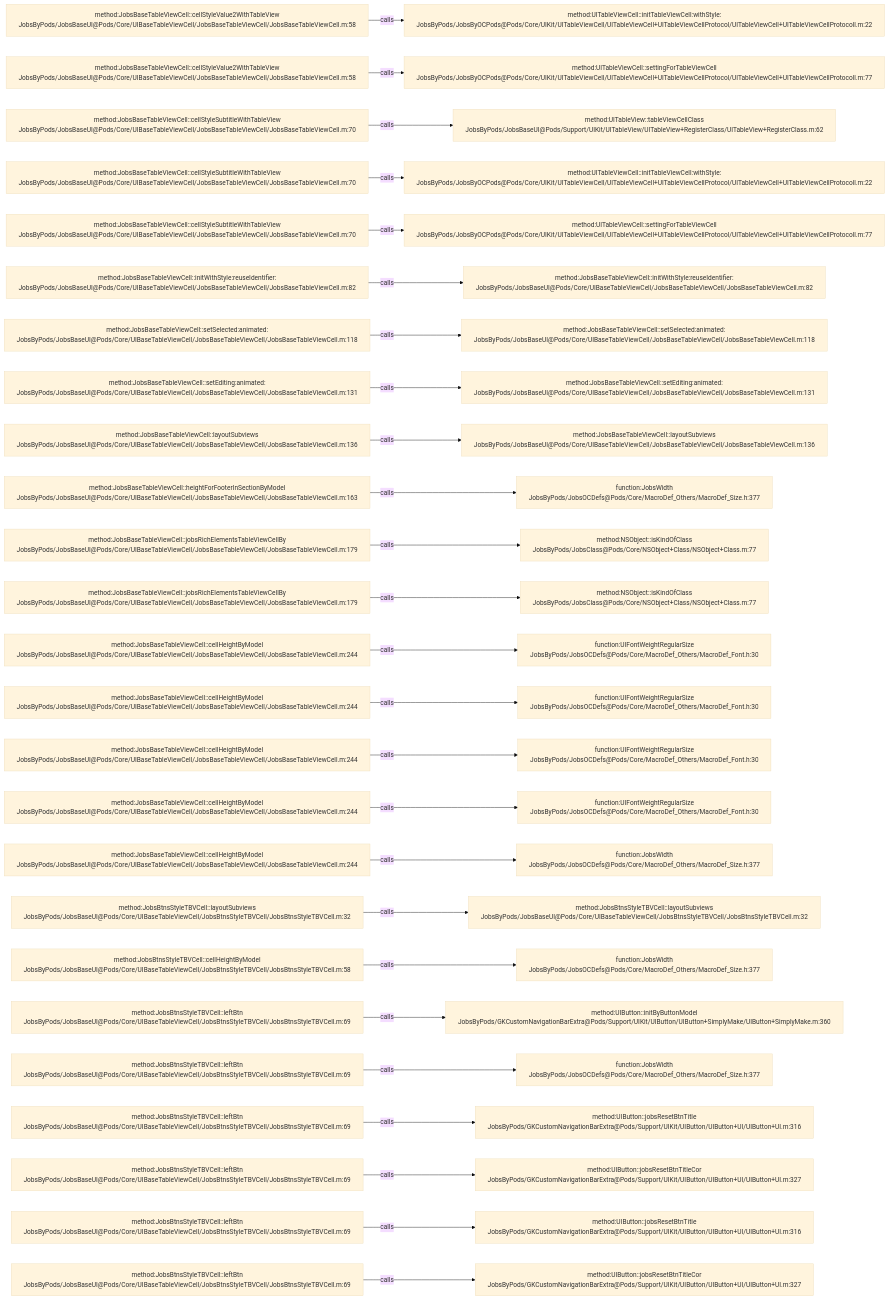
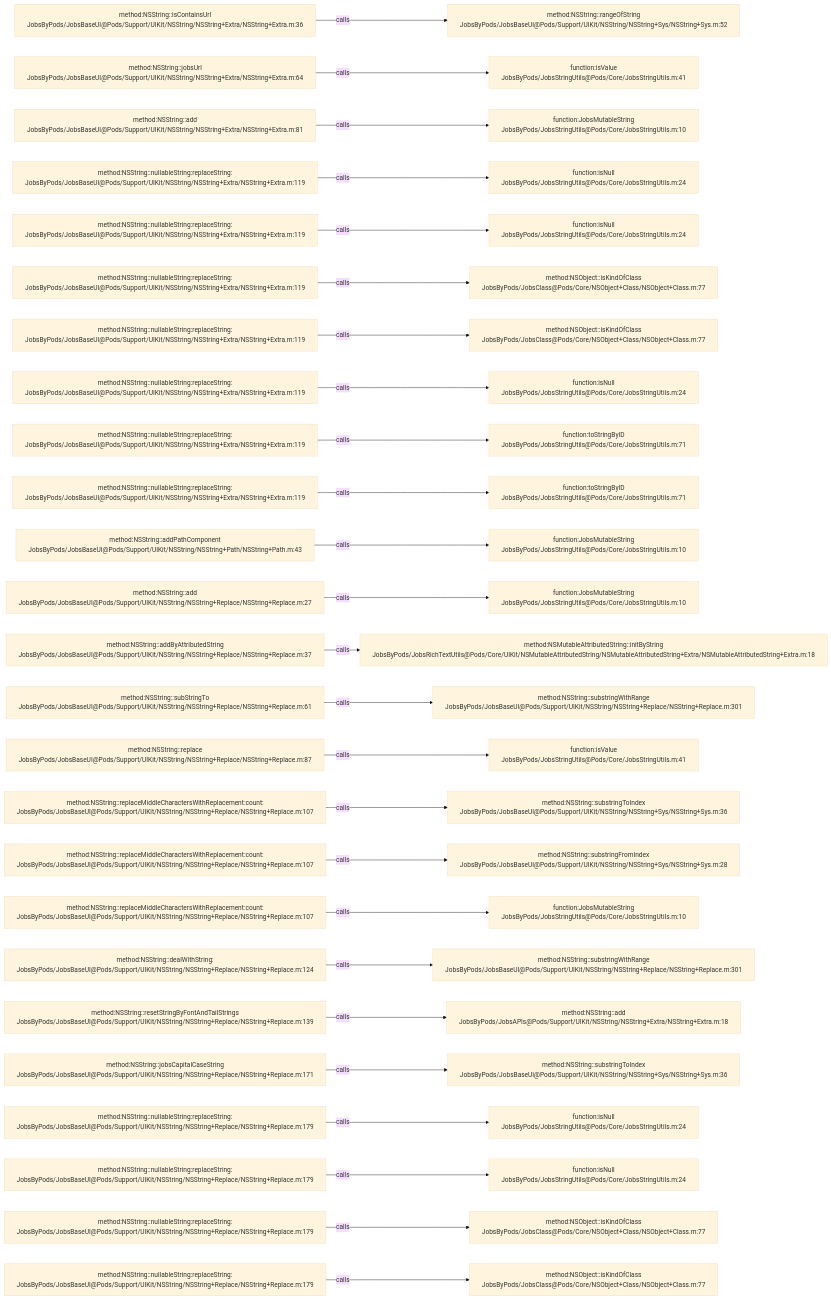
The diagram in .codegraph/codegraph.md/graphs/calls-040.md (JobsKits/JobsOCBaseConfigDemo), drawn with Mermaid (base theme) before and after one commit. The commit also changed 1026 other files, not shown here.

````diff
--- a/.codegraph/codegraph.md/graphs/calls-040.md
+++ b/.codegraph/codegraph.md/graphs/calls-040.md
@@ -13,78 +13,78 @@
 ```mermaid
 flowchart LR
-  S1["method:JobsBaseTableViewCell::cellStyleValue2WithTableView<br/>JobsByPods/JobsBaseUI@Pods/Core/UIBaseTableViewCell/JobsBaseTableViewCell/JobsBaseTableViewCell.m:58"]
-  T1["method:UITableViewCell::initTableViewCell:withStyle:<br/>JobsByPods/JobsByOCPods@Pods/Core/UIKit/UITableViewCell/UITableViewCell+UITableViewCellProtocol/UITableViewCell+UITableViewCellProtocoll.m:22"]
+  S1["method:NSString::isContainsUrl<br/>JobsByPods/JobsBaseUI@Pods/Support/UIKit/NSString/NSString+Extra/NSString+Extra.m:36"]
+  T1["method:NSString::rangeOfString<br/>JobsByPods/JobsBaseUI@Pods/Support/UIKit/NSString/NSString+Sys/NSString+Sys.m:52"]
   S1 -->|calls| T1
-  S2["method:JobsBaseTableViewCell::cellStyleValue2WithTableView<br/>JobsByPods/JobsBaseUI@Pods/Core/UIBaseTableViewCell/JobsBaseTableViewCell/JobsBaseTableViewCell.m:58"]
-  T2["method:UITableViewCell::settingForTableViewCell<br/>JobsByPods/JobsByOCPods@Pods/Core/UIKit/UITableViewCell/UITableViewCell+UITableViewCellProtocol/UITableViewCell+UITableViewCellProtocoll.m:77"]
+  S2["method:NSString::jobsUrl<br/>JobsByPods/JobsBaseUI@Pods/Support/UIKit/NSString/NSString+Extra/NSString+Extra.m:64"]
+  T2["function:isValue<br/>JobsByPods/JobsStringUtils@Pods/Core/JobsStringUtils.m:41"]
   S2 -->|calls| T2
-  S3["method:JobsBaseTableViewCell::cellStyleSubtitleWithTableView<br/>JobsByPods/JobsBaseUI@Pods/Core/UIBaseTableViewCell/JobsBaseTableViewCell/JobsBaseTableViewCell.m:70"]
-  T3["method:UITableView::tableViewCellClass<br/>JobsByPods/JobsBaseUI@Pods/Support/UIKit/UITableView/UITableView+RegisterClass/UITableView+RegisterClass.m:62"]
+  S3["method:NSString::add<br/>JobsByPods/JobsBaseUI@Pods/Support/UIKit/NSString/NSString+Extra/NSString+Extra.m:81"]
+  T3["function:JobsMutableString<br/>JobsByPods/JobsStringUtils@Pods/Core/JobsStringUtils.m:10"]
   S3 -->|calls| T3
-  S4["method:JobsBaseTableViewCell::cellStyleSubtitleWithTableView<br/>JobsByPods/JobsBaseUI@Pods/Core/UIBaseTableViewCell/JobsBaseTableViewCell/JobsBaseTableViewCell.m:70"]
-  T4["method:UITableViewCell::initTableViewCell:withStyle:<br/>JobsByPods/JobsByOCPods@Pods/Core/UIKit/UITableViewCell/UITableViewCell+UITableViewCellProtocol/UITableViewCell+UITableViewCellProtocoll.m:22"]
+  S4["method:NSString::nullableString:replaceString:<br/>JobsByPods/JobsBaseUI@Pods/Support/UIKit/NSString/NSString+Extra/NSString+Extra.m:119"]
+  T4["function:isNull<br/>JobsByPods/JobsStringUtils@Pods/Core/JobsStringUtils.m:24"]
   S4 -->|calls| T4
-  S5["method:JobsBaseTableViewCell::cellStyleSubtitleWithTableView<br/>JobsByPods/JobsBaseUI@Pods/Core/UIBaseTableViewCell/JobsBaseTableViewCell/JobsBaseTableViewCell.m:70"]
-  T5["method:UITableViewCell::settingForTableViewCell<br/>JobsByPods/JobsByOCPods@Pods/Core/UIKit/UITableViewCell/UITableViewCell+UITableViewCellProtocol/UITableViewCell+UITableViewCellProtocoll.m:77"]
+  S5["method:NSString::nullableString:replaceString:<br/>JobsByPods/JobsBaseUI@Pods/Support/UIKit/NSString/NSString+Extra/NSString+Extra.m:119"]
+  T5["function:isNull<br/>JobsByPods/JobsStringUtils@Pods/Core/JobsStringUtils.m:24"]
   S5 -->|calls| T5
-  S6["method:JobsBaseTableViewCell::initWithStyle:reuseIdentifier:<br/>JobsByPods/JobsBaseUI@Pods/Core/UIBaseTableViewCell/JobsBaseTableViewCell/JobsBaseTableViewCell.m:82"]
-  T6["method:JobsBaseTableViewCell::initWithStyle:reuseIdentifier:<br/>JobsByPods/JobsBaseUI@Pods/Core/UIBaseTableViewCell/JobsBaseTableViewCell/JobsBaseTableViewCell.m:82"]
+  S6["method:NSString::nullableString:replaceString:<br/>JobsByPods/JobsBaseUI@Pods/Support/UIKit/NSString/NSString+Extra/NSString+Extra.m:119"]
+  T6["method:NSObject::isKindOfClass<br/>JobsByPods/JobsClass@Pods/Core/NSObject+Class/NSObject+Class.m:77"]
   S6 -->|calls| T6
-  S7["method:JobsBaseTableViewCell::setSelected:animated:<br/>JobsByPods/JobsBaseUI@Pods/Core/UIBaseTableViewCell/JobsBaseTableViewCell/JobsBaseTableViewCell.m:118"]
-  T7["method:JobsBaseTableViewCell::setSelected:animated:<br/>JobsByPods/JobsBaseUI@Pods/Core/UIBaseTableViewCell/JobsBaseTableViewCell/JobsBaseTableViewCell.m:118"]
+  S7["method:NSString::nullableString:replaceString:<br/>JobsByPods/JobsBaseUI@Pods/Support/UIKit/NSString/NSString+Extra/NSString+Extra.m:119"]
+  T7["method:NSObject::isKindOfClass<br/>JobsByPods/JobsClass@Pods/Core/NSObject+Class/NSObject+Class.m:77"]
   S7 -->|calls| T7
-  S8["method:JobsBaseTableViewCell::setEditing:animated:<br/>JobsByPods/JobsBaseUI@Pods/Core/UIBaseTableViewCell/JobsBaseTableViewCell/JobsBaseTableViewCell.m:131"]
-  T8["method:JobsBaseTableViewCell::setEditing:animated:<br/>JobsByPods/JobsBaseUI@Pods/Core/UIBaseTableViewCell/JobsBaseTableViewCell/JobsBaseTableViewCell.m:131"]
+  S8["method:NSString::nullableString:replaceString:<br/>JobsByPods/JobsBaseUI@Pods/Support/UIKit/NSString/NSString+Extra/NSString+Extra.m:119"]
+  T8["function:isNull<br/>JobsByPods/JobsStringUtils@Pods/Core/JobsStringUtils.m:24"]
   S8 -->|calls| T8
-  S9["method:JobsBaseTableViewCell::layoutSubviews<br/>JobsByPods/JobsBaseUI@Pods/Core/UIBaseTableViewCell/JobsBaseTableViewCell/JobsBaseTableViewCell.m:136"]
-  T9["method:JobsBaseTableViewCell::layoutSubviews<br/>JobsByPods/JobsBaseUI@Pods/Core/UIBaseTableViewCell/JobsBaseTableViewCell/JobsBaseTableViewCell.m:136"]
+  S9["method:NSString::nullableString:replaceString:<br/>JobsByPods/JobsBaseUI@Pods/Support/UIKit/NSString/NSString+Extra/NSString+Extra.m:119"]
+  T9["function:toStringByID<br/>JobsByPods/JobsStringUtils@Pods/Core/JobsStringUtils.m:71"]
   S9 -->|calls| T9
-  S10["method:JobsBaseTableViewCell::heightForFooterInSectionByModel<br/>JobsByPods/JobsBaseUI@Pods/Core/UIBaseTableViewCell/JobsBaseTableViewCell/JobsBaseTableViewCell.m:163"]
-  T10["function:JobsWidth<br/>JobsByPods/JobsOCDefs@Pods/Core/MacroDef_Others/MacroDef_Size.h:377"]
+  S10["method:NSString::nullableString:replaceString:<br/>JobsByPods/JobsBaseUI@Pods/Support/UIKit/NSString/NSString+Extra/NSString+Extra.m:119"]
+  T10["function:toStringByID<br/>JobsByPods/JobsStringUtils@Pods/Core/JobsStringUtils.m:71"]
   S10 -->|calls| T10
-  S11["method:JobsBaseTableViewCell::jobsRichElementsTableViewCellBy<br/>JobsByPods/JobsBaseUI@Pods/Core/UIBaseTableViewCell/JobsBaseTableViewCell/JobsBaseTableViewCell.m:179"]
-  T11["method:NSObject::isKindOfClass<br/>JobsByPods/JobsClass@Pods/Core/NSObject+Class/NSObject+Class.m:77"]
+  S11["method:NSString::addPathComponent<br/>JobsByPods/JobsBaseUI@Pods/Support/UIKit/NSString/NSString+Path/NSString+Path.m:43"]
+  T11["function:JobsMutableString<br/>JobsByPods/JobsStringUtils@Pods/Core/JobsStringUtils.m:10"]
   S11 -->|calls| T11
-  S12["method:JobsBaseTableViewCell::jobsRichElementsTableViewCellBy<br/>JobsByPods/JobsBaseUI@Pods/Core/UIBaseTableViewCell/JobsBaseTableViewCell/JobsBaseTableViewCell.m:179"]
-  T12["method:NSObject::isKindOfClass<br/>JobsByPods/JobsClass@Pods/Core/NSObject+Class/NSObject+Class.m:77"]
+  S12["method:NSString::add<br/>JobsByPods/JobsBaseUI@Pods/Support/UIKit/NSString/NSString+Replace/NSString+Replace.m:27"]
+  T12["function:JobsMutableString<br/>JobsByPods/JobsStringUtils@Pods/Core/JobsStringUtils.m:10"]
   S12 -->|calls| T12
-  S13["method:JobsBaseTableViewCell::cellHeightByModel<br/>JobsByPods/JobsBaseUI@Pods/Core/UIBaseTableViewCell/JobsBaseTableViewCell/JobsBaseTableViewCell.m:244"]
-  T13["function:UIFontWeightRegularSize<br/>JobsByPods/JobsOCDefs@Pods/Core/MacroDef_Others/MacroDef_Font.h:30"]
+  S13["method:NSString::addByAttributedString<br/>JobsByPods/JobsBaseUI@Pods/Support/UIKit/NSString/NSString+Replace/NSString+Replace.m:37"]
+  T13["method:NSMutableAttributedString::initByString<br/>JobsByPods/JobsRichTextUtils@Pods/Core/UIKit/NSMutableAttributedString/NSMutableAttributedString+Extra/NSMutableAttributedString+Extra.m:18"]
   S13 -->|calls| T13
-  S14["method:JobsBaseTableViewCell::cellHeightByModel<br/>JobsByPods/JobsBaseUI@Pods/Core/UIBaseTableViewCell/JobsBaseTableViewCell/JobsBaseTableViewCell.m:244"]
-  T14["function:UIFontWeightRegularSize<br/>JobsByPods/JobsOCDefs@Pods/Core/MacroDef_Others/MacroDef_Font.h:30"]
+  S14["method:NSString::subStringTo<br/>JobsByPods/JobsBaseUI@Pods/Support/UIKit/NSString/NSString+Replace/NSString+Replace.m:61"]
+  T14["method:NSString::substringWithRange<br/>JobsByPods/JobsBaseUI@Pods/Support/UIKit/NSString/NSString+Replace/NSString+Replace.m:301"]
   S14 -->|calls| T14
-  S15["method:JobsBaseTableViewCell::cellHeightByModel<br/>JobsByPods/JobsBaseUI@Pods/Core/UIBaseTableViewCell/JobsBaseTableViewCell/JobsBaseTableViewCell.m:244"]
-  T15["function:UIFontWeightRegularSize<br/>JobsByPods/JobsOCDefs@Pods/Core/MacroDef_Others/MacroDef_Font.h:30"]
+  S15["method:NSString::replace<br/>JobsByPods/JobsBaseUI@Pods/Support/UIKit/NSString/NSString+Replace/NSString+Replace.m:87"]
+  T15["function:isValue<br/>JobsByPods/JobsStringUtils@Pods/Core/JobsStringUtils.m:41"]
   S15 -->|calls| T15
-  S16["method:JobsBaseTableViewCell::cellHeightByModel<br/>JobsByPods/JobsBaseUI@Pods/Core/UIBaseTableViewCell/JobsBaseTableViewCell/JobsBaseTableViewCell.m:244"]
-  T16["function:UIFontWeightRegularSize<br/>JobsByPods/JobsOCDefs@Pods/Core/MacroDef_Others/MacroDef_Font.h:30"]
+  S16["method:NSString::replaceMiddleCharactersWithReplacement:count:<br/>JobsByPods/JobsBaseUI@Pods/Support/UIKit/NSString/NSString+Replace/NSString+Replace.m:107"]
+  T16["method:NSString::substringToIndex<br/>JobsByPods/JobsBaseUI@Pods/Support/UIKit/NSString/NSString+Sys/NSString+Sys.m:36"]
   S16 -->|calls| T16
-  S17["method:JobsBaseTableViewCell::cellHeightByModel<br/>JobsByPods/JobsBaseUI@Pods/Core/UIBaseTableViewCell/JobsBaseTableViewCell/JobsBaseTableViewCell.m:244"]
-  T17["function:JobsWidth<br/>JobsByPods/JobsOCDefs@Pods/Core/MacroDef_Others/MacroDef_Size.h:377"]
+  S17["method:NSString::replaceMiddleCharactersWithReplacement:count:<br/>JobsByPods/JobsBaseUI@Pods/Support/UIKit/NSString/NSString+Replace/NSString+Replace.m:107"]
+  T17["method:NSString::substringFromIndex<br/>JobsByPods/JobsBaseUI@Pods/Support/UIKit/NSString/NSString+Sys/NSString+Sys.m:28"]
   S17 -->|calls| T17
-  S18["method:JobsBtnsStyleTBVCell::layoutSubviews<br/>JobsByPods/JobsBaseUI@Pods/Core/UIBaseTableViewCell/JobsBtnsStyleTBVCell/JobsBtnsStyleTBVCell.m:32"]
-  T18["method:JobsBtnsStyleTBVCell::layoutSubviews<br/>JobsByPods/JobsBaseUI@Pods/Core/UIBaseTableViewCell/JobsBtnsStyleTBVCell/JobsBtnsStyleTBVCell.m:32"]
+  S18["method:NSString::replaceMiddleCharactersWithReplacement:count:<br/>JobsByPods/JobsBaseUI@Pods/Support/UIKit/NSString/NSString+Replace/NSString+Replace.m:107"]
+  T18["function:JobsMutableString<br/>JobsByPods/JobsStringUtils@Pods/Core/JobsStringUtils.m:10"]
   S18 -->|calls| T18
-  S19["method:JobsBtnsStyleTBVCell::cellHeightByModel<br/>JobsByPods/JobsBaseUI@Pods/Core/UIBaseTableViewCell/JobsBtnsStyleTBVCell/JobsBtnsStyleTBVCell.m:58"]
-  T19["function:JobsWidth<br/>JobsByPods/JobsOCDefs@Pods/Core/MacroDef_Others/MacroDef_Size.h:377"]
+  S19["method:NSString::dealWithString:<br/>JobsByPods/JobsBaseUI@Pods/Support/UIKit/NSString/NSString+Replace/NSString+Replace.m:124"]
+  T19["method:NSString::substringWithRange<br/>JobsByPods/JobsBaseUI@Pods/Support/UIKit/NSString/NSString+Replace/NSString+Replace.m:301"]
   S19 -->|calls| T19
-  S20["method:JobsBtnsStyleTBVCell::leftBtn<br/>JobsByPods/JobsBaseUI@Pods/Core/UIBaseTableViewCell/JobsBtnsStyleTBVCell/JobsBtnsStyleTBVCell.m:69"]
-  T20["method:UIButton::initByButtonModel<br/>JobsByPods/GKCustomNavigationBarExtra@Pods/Support/UIKit/UIButton/UIButton+SimplyMake/UIButton+SimplyMake.m:360"]
+  S20["method:NSString::resetStringByFontAndTailStrings<br/>JobsByPods/JobsBaseUI@Pods/Support/UIKit/NSString/NSString+Replace/NSString+Replace.m:139"]
+  T20["method:NSString::add<br/>JobsByPods/JobsAPIs@Pods/Support/UIKit/NSString/NSString+Extra/NSString+Extra.m:18"]
   S20 -->|calls| T20
-  S21["method:JobsBtnsStyleTBVCell::leftBtn<br/>JobsByPods/JobsBaseUI@Pods/Core/UIBaseTableViewCell/JobsBtnsStyleTBVCell/JobsBtnsStyleTBVCell.m:69"]
-  T21["function:JobsWidth<br/>JobsByPods/JobsOCDefs@Pods/Core/MacroDef_Others/MacroDef_Size.h:377"]
+  S21["method:NSString::jobsCapitalCaseString<br/>JobsByPods/JobsBaseUI@Pods/Support/UIKit/NSString/NSString+Replace/NSString+Replace.m:171"]
+  T21["method:NSString::substringToIndex<br/>JobsByPods/JobsBaseUI@Pods/Support/UIKit/NSString/NSString+Sys/NSString+Sys.m:36"]
   S21 -->|calls| T21
-  S22["method:JobsBtnsStyleTBVCell::leftBtn<br/>JobsByPods/JobsBaseUI@Pods/Core/UIBaseTableViewCell/JobsBtnsStyleTBVCell/JobsBtnsStyleTBVCell.m:69"]
-  T22["method:UIButton::jobsResetBtnTitle<br/>JobsByPods/GKCustomNavigationBarExtra@Pods/Support/UIKit/UIButton/UIButton+UI/UIButton+UI.m:316"]
+  S22["method:NSString::nullableString:replaceString:<br/>JobsByPods/JobsBaseUI@Pods/Support/UIKit/NSString/NSString+Replace/NSString+Replace.m:179"]
+  T22["function:isNull<br/>JobsByPods/JobsStringUtils@Pods/Core/JobsStringUtils.m:24"]
   S22 -->|calls| T22
-  S23["method:JobsBtnsStyleTBVCell::leftBtn<br/>JobsByPods/JobsBaseUI@Pods/Core/UIBaseTableViewCell/JobsBtnsStyleTBVCell/JobsBtnsStyleTBVCell.m:69"]
-  T23["method:UIButton::jobsResetBtnTitleCor<br/>JobsByPods/GKCustomNavigationBarExtra@Pods/Support/UIKit/UIButton/UIButton+UI/UIButton+UI.m:327"]
+  S23["method:NSString::nullableString:replaceString:<br/>JobsByPods/JobsBaseUI@Pods/Support/UIKit/NSString/NSString+Replace/NSString+Replace.m:179"]
+  T23["function:isNull<br/>JobsByPods/JobsStringUtils@Pods/Core/JobsStringUtils.m:24"]
   S23 -->|calls| T23
-  S24["method:JobsBtnsStyleTBVCell::leftBtn<br/>JobsByPods/JobsBaseUI@Pods/Core/UIBaseTableViewCell/JobsBtnsStyleTBVCell/JobsBtnsStyleTBVCell.m:69"]
-  T24["method:UIButton::jobsResetBtnTitle<br/>JobsByPods/GKCustomNavigationBarExtra@Pods/Support/UIKit/UIButton/UIButton+UI/UIButton+UI.m:316"]
+  S24["method:NSString::nullableString:replaceString:<br/>JobsByPods/JobsBaseUI@Pods/Support/UIKit/NSString/NSString+Replace/NSString+Replace.m:179"]
+  T24["method:NSObject::isKindOfClass<br/>JobsByPods/JobsClass@Pods/Core/NSObject+Class/NSObject+Class.m:77"]
   S24 -->|calls| T24
-  S25["method:JobsBtnsStyleTBVCell::leftBtn<br/>JobsByPods/JobsBaseUI@Pods/Core/UIBaseTableViewCell/JobsBtnsStyleTBVCell/JobsBtnsStyleTBVCell.m:69"]
-  T25["method:UIButton::jobsResetBtnTitleCor<br/>JobsByPods/GKCustomNavigationBarExtra@Pods/Support/UIKit/UIButton/UIButton+UI/UIButton+UI.m:327"]
+  S25["method:NSString::nullableString:replaceString:<br/>JobsByPods/JobsBaseUI@Pods/Support/UIKit/NSString/NSString+Replace/NSString+Replace.m:179"]
+  T25["method:NSObject::isKindOfClass<br/>JobsByPods/JobsClass@Pods/Core/NSObject+Class/NSObject+Class.m:77"]
   S25 -->|calls| T25
 ```
````
